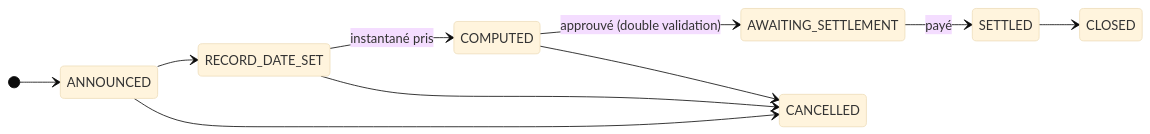
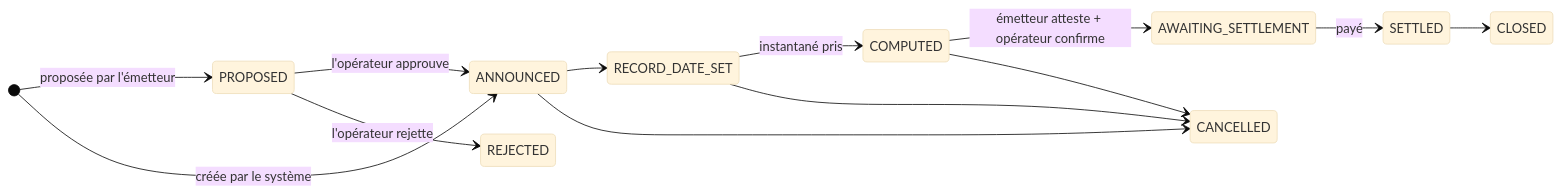
One commit to makibytes/registerwerk changed the first of 2 diagrams in docs/customer/lifecycle/redemption.fr.md. Above: the diagram before and after it, drawn with Mermaid (base theme). The commit also changed other lines of this file and 197 other files, not shown here.

````diff
--- a/docs/customer/lifecycle/redemption.fr.md
+++ b/docs/customer/lifecycle/redemption.fr.md
@@ -52,13 +52,16 @@
 ```mermaid
 stateDiagram-v2
     direction LR
-    [*] --> ANNOUNCED
+    [*] --> PROPOSED: proposée par l'émetteur
+    [*] --> ANNOUNCED: créée par le système
+    PROPOSED --> ANNOUNCED: l'opérateur approuve
+    PROPOSED --> REJECTED: l'opérateur rejette
     ANNOUNCED --> RECORD_DATE_SET
     RECORD_DATE_SET --> COMPUTED: instantané pris
-    COMPUTED --> AWAITING_SETTLEMENT: approuvé (double validation)
+    COMPUTED --> AWAITING_SETTLEMENT: émetteur atteste + opérateur confirme
     AWAITING_SETTLEMENT --> SETTLED: payé
     SETTLED --> CLOSED
     ANNOUNCED --> CANCELLED
     RECORD_DATE_SET --> CANCELLED
     COMPUTED --> CANCELLED
 ```
````
